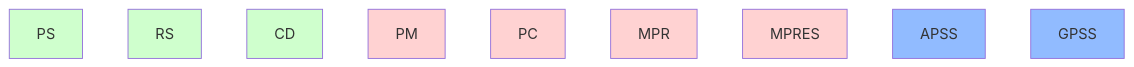
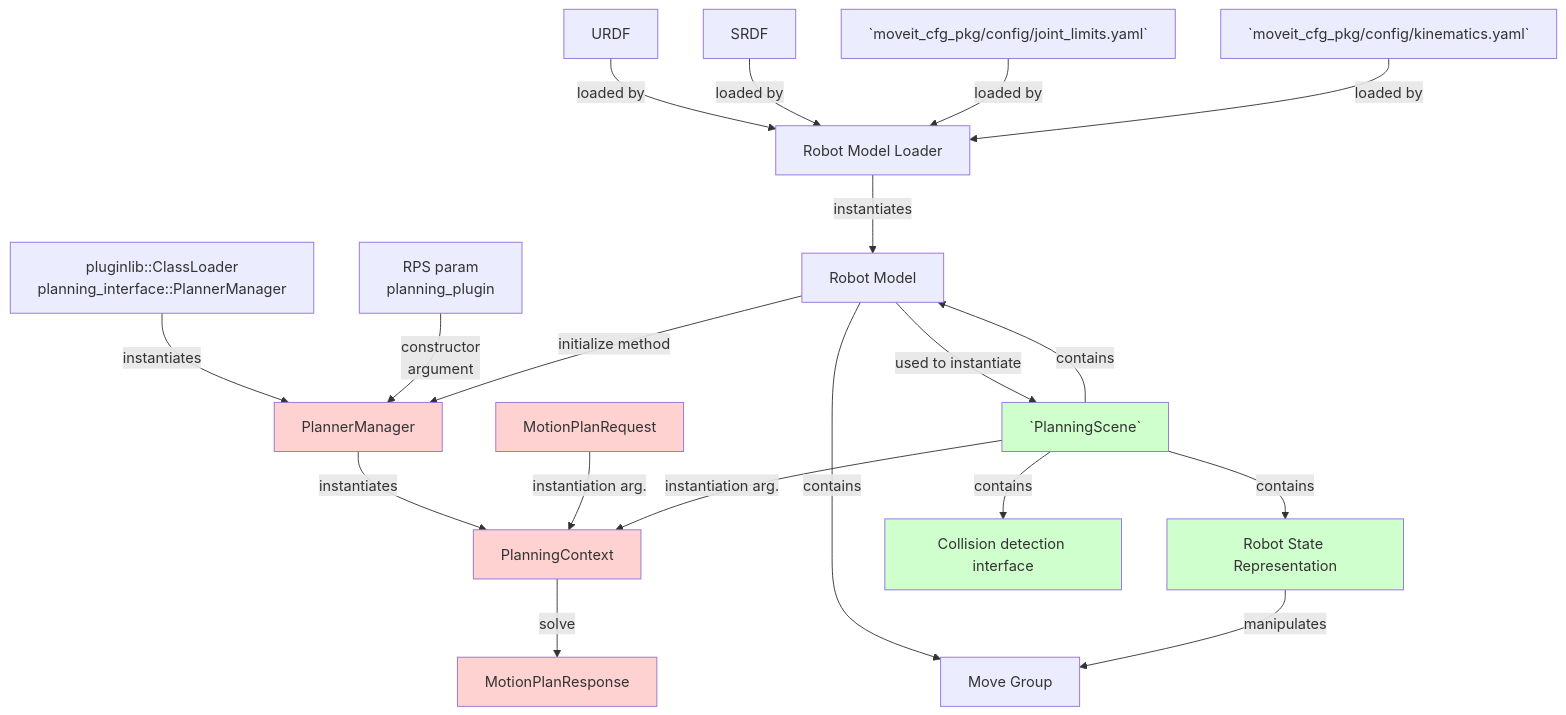
Before and after one commit to rafaelrojasmiliani/moveit_tutorial: the diagram in 03_planning_contex_and_planner_manger/src/a_load_manager_create_context/readme.md, drawn with Mermaid. The commit also changed other lines of this file and 1 other file, not shown here.

Commit message:
[03] doc

````diff
--- a/03_planning_contex_and_planner_manger/src/a_load_manager_create_context/readme.md
+++ b/03_planning_contex_and_planner_manger/src/a_load_manager_create_context/readme.md
@@ -26,12 +27,28 @@
 ```mermaid
 graph TD;
+    URDF -- loaded by --> RML[Robot Model Loader];
+    SRDF -- loaded by --> RML;
+    J[`moveit_cfg_pkg/config/joint_limits.yaml`] -- loaded by --> RML;
+    K[`moveit_cfg_pkg/config/kinematics.yaml`] -- loaded by --> RML;
+    RML -- instantiates --> RM[Robot Model];
+    MPP[pluginlib::ClassLoader<br/>planning_interface::PlannerManager] -- instantiates --> PM[PlannerManager];
+    PPP[RPS param <br/>planning_plugin] -- constructor<br/>argument --> PM;
+    RM -- initialize method --> PM;
+    RM -- contains --> MG[Move Group];
+    PM -- instantiates --> PC[PlanningContext];
+    MPR[MotionPlanRequest] -- instantiation arg. --> PC;
+    PS -- instantiation arg. --> PC;
+    PC -- solve --> MPRES[MotionPlanResponse];
+    PS[`PlanningScene`] -- contains --> RM;
+    RM -- used to instantiate --> PS;
+    PS -- contains --> RS[Robot State Representation];
+    PS -- contains --> CD[Collision detection interface];
+    RS -- manipulates --> MG;
     style PS fill:#CFFFCD;
     style RS fill:#CFFFCD;
     style CD fill:#CFFFCD;
     style PM fill:#FFD2D2;
     style PC fill:#FFD2D2;
     style MPR fill:#FFD2D2;
     style MPRES fill:#FFD2D2;
-    style APSS fill:#91bbff;
-    style GPSS fill:#91bbff;
 ```
````
